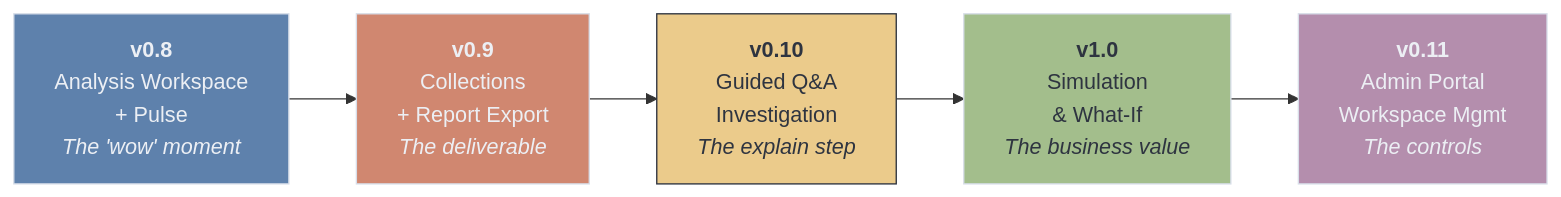
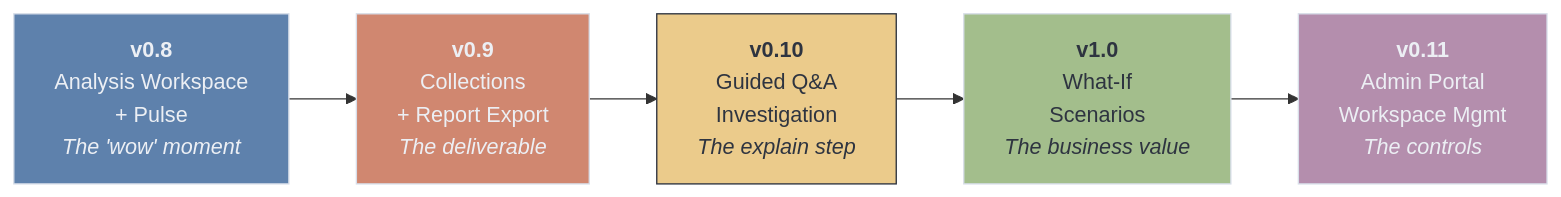
The tenth of 12 diagrams in requirements/brainstorm-idea-1.md (nuelo-ai/nuelo-spectra), drawn with Mermaid before and after one commit. The commit also changed other lines of this file and 22 other files, not shown here.

````diff
--- a/requirements/brainstorm-idea-1.md
+++ b/requirements/brainstorm-idea-1.md
@@ -799,16 +852,16 @@
 ```mermaid
 graph LR
     V08["<b>v0.8</b><br/>Analysis Workspace<br/>+ Pulse<br/><i>The 'wow' moment</i>"]
     V09["<b>v0.9</b><br/>Collections<br/>+ Report Export<br/><i>The deliverable</i>"]
     V010["<b>v0.10</b><br/>Guided Q&A<br/>Investigation<br/><i>The explain step</i>"]
-    V10["<b>v1.0</b><br/>Simulation<br/>& What-If<br/><i>The business value</i>"]
+    V10["<b>v1.0</b><br/>What-If<br/>Scenarios<br/><i>The business value</i>"]
     V011["<b>v0.11</b><br/>Admin Portal<br/>Workspace Mgmt<br/><i>The controls</i>"]
 
     V08 --> V09 --> V010 --> V10 --> V011
 
     style V08 fill:#5E81AC,stroke:#D8DEE9,color:#ECEFF4
     style V09 fill:#D08770,stroke:#D8DEE9,color:#ECEFF4
     style V010 fill:#EBCB8B,stroke:#2E3440,color:#2E3440
     style V10 fill:#A3BE8C,stroke:#D8DEE9,color:#2E3440
     style V011 fill:#B48EAD,stroke:#D8DEE9,color:#ECEFF4
 ```
````
